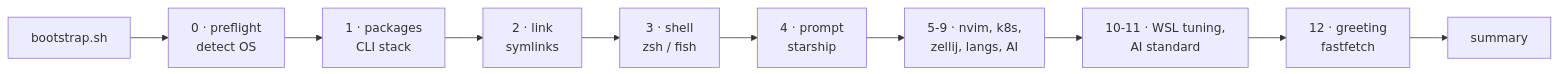
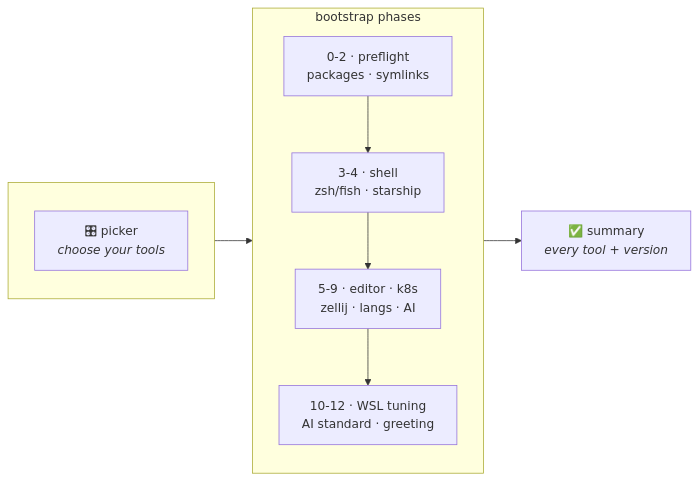
The first of 2 diagrams in README.md (Robertcl795/dotfiles), drawn with Mermaid before and after one commit. The commit also changed other lines of this file and 32 other files, not shown here.

First line of the commit message:
feat(install): interactive tool picker, OS-independent

````diff
--- a/README.md
+++ b/README.md
@@ -70,12 +145,17 @@
 ```mermaid
 flowchart LR
-    A["bootstrap.sh"] --> B["0 · preflight<br/>detect OS"]
-    B --> C["1 · packages<br/>CLI stack"]
-    C --> D["2 · link<br/>symlinks"]
-    D --> E["3 · shell<br/>zsh / fish"]
-    E --> F["4 · prompt<br/>starship"]
-    F --> G["5-9 · nvim, k8s,<br/>zellij, langs, AI"]
-    G --> H["10-11 · WSL tuning,<br/>AI standard"]
-    H --> I["12 · greeting<br/>fastfetch"]
-    I --> J["summary"]
+    subgraph pick [" "]
+        direction TB
+        P["🎛 picker<br/><i>choose your tools</i>"]
+    end
+    subgraph phases ["bootstrap phases"]
+        direction TB
+        A["0-2 · preflight<br/>packages · symlinks"]
+        B["3-4 · shell<br/>zsh/fish · starship"]
+        C["5-9 · editor · k8s<br/>zellij · langs · AI"]
+        D["10-12 · WSL tuning<br/>AI standard · greeting"]
+        A --> B --> C --> D
+    end
+    P --> phases
+    phases --> S["✅ summary<br/><i>every tool + version</i>"]
 ```
````
